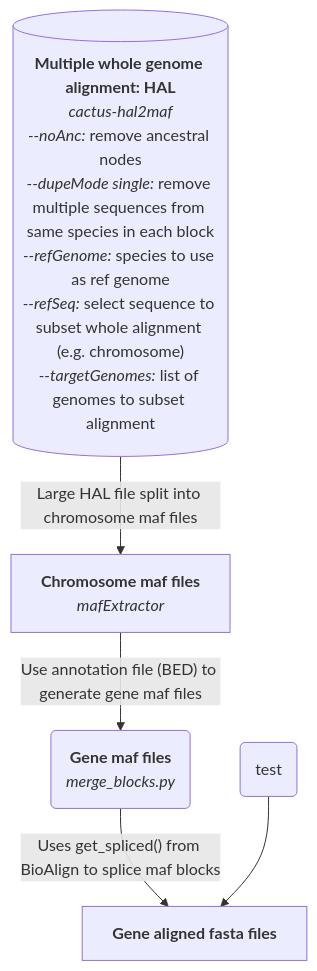
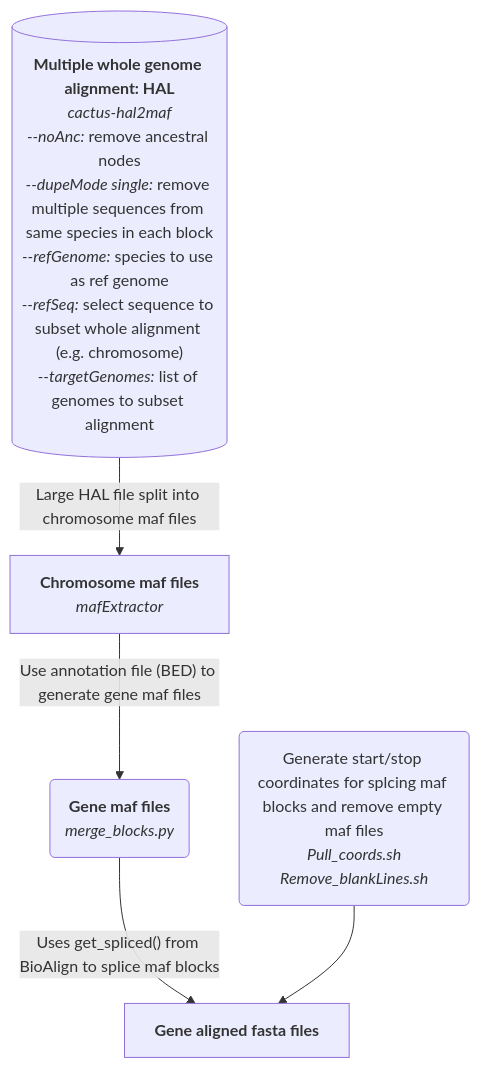
One commit to mileswhedbee/RERconverge_pipeline changed the diagram in README.md. Above: the diagram before and after it, drawn with Mermaid.

````diff
--- a/README.md
+++ b/README.md
@@ -6,15 +6,17 @@
 ```mermaid
 graph TD;
     A[("`**Multiple whole genome alignment: HAL**
        _cactus-hal2maf_
        _--noAnc:_ remove ancestral nodes
        _--dupeMode single:_ remove multiple sequences from same species in each block
        _--refGenome:_ species to use as ref genome
        _--refSeq:_ select sequence to subset whole alignment (e.g. chromosome)
        _--targetGenomes:_ list of genomes to subset alignment`")]--Large HAL file split into chromosome maf files-->B["`**Chromosome maf files**
        _mafExtractor_`"];
     B--Use annotation file (BED) to generate gene maf files-->C("`**Gene maf files**
        _merge_blocks.py_`");
     C--Uses get_spliced() from BioAlign to splice maf blocks-->D["`**Gene aligned fasta files**`"];
-    E(test)-->D;
+    E("`Generate start/stop coordinates for splcing maf blocks and remove empty maf files
+        _Pull_coords.sh_
+        _Remove_blankLines.sh_`")-->D;
 ```
````
